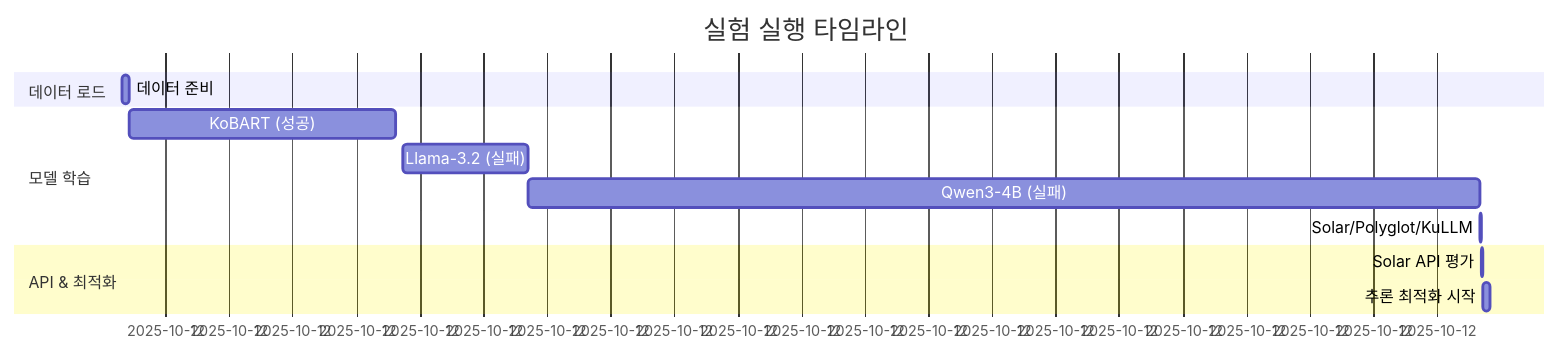
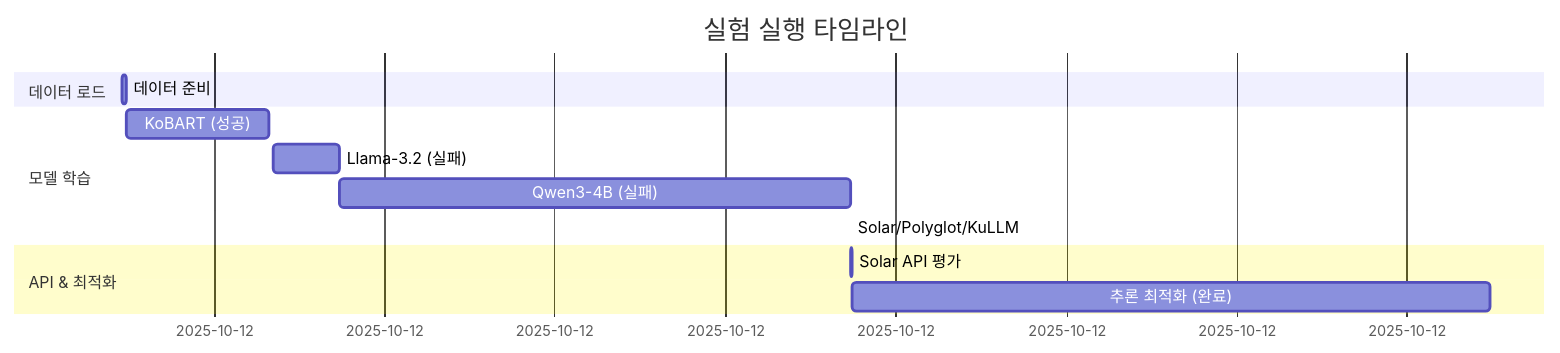
One commit to AIBootcamp14/naturallanguageprocessingcompetition-nlp-1 changed the second of 5 diagrams in docs/experiments/20251012_101219_test_full_pipeline_quick_실험분석.md. Above: the diagram before and after it, drawn with Mermaid. The commit also changed other lines of this file and 23 other files, not shown here.

````diff
--- a/docs/experiments/20251012_101219_test_full_pipeline_quick_실험분석.md
+++ b/docs/experiments/20251012_101219_test_full_pipeline_quick_실험분석.md
@@ -122,18 +126,18 @@
 ```mermaid
 gantt
     title 실험 실행 타임라인
     dateFormat HH:mm:ss
 
     section 데이터 로드
     데이터 준비           :10:12:19, 10:12:26
 
     section 모델 학습
     KoBART (성공)         :10:12:26, 10:16:37
     Llama-3.2 (실패)      :10:16:44, 10:18:42
     Qwen3-4B (실패)       :10:18:42, 10:33:40
     Solar/Polyglot/KuLLM  :10:33:40, 10:33:42
 
     section API & 최적화
     Solar API 평가        :10:33:42, 10:33:43
-    추론 최적화 시작      :10:33:43, 10:33:50
+    추론 최적화 (완료)    :10:33:43, 10:52:26
 ```
````
